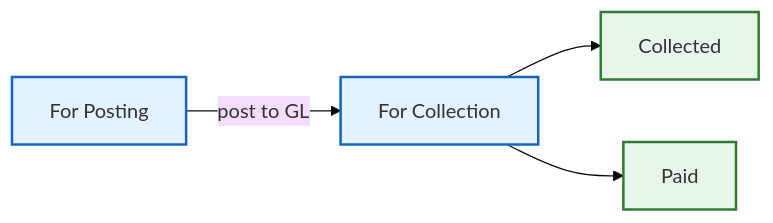
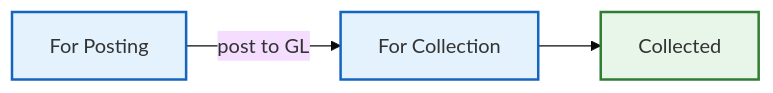
One commit to fri-mis-enterprise/MMSI.IBS changed the diagram in Docs/manual/03-billing.md. Above: the diagram before and after it, drawn with Mermaid (base theme). The commit also changed 3 other files, not shown here.

````diff
--- a/Docs/manual/03-billing.md
+++ b/Docs/manual/03-billing.md
@@ -7,11 +7,10 @@
 ```mermaid
 graph LR
     ForPosting[For Posting] -->|post to GL| ForCollection[For Collection]
     ForCollection --> Collected
-    ForCollection --> Paid
 
     classDef pending fill:#e3f2fd,stroke:#1565c0,stroke-width:2px;
     classDef done fill:#e8f5e9,stroke:#2e7d32,stroke-width:2px;
     class ForPosting,ForCollection pending;
     class Collected,Paid done;
 ```
````
